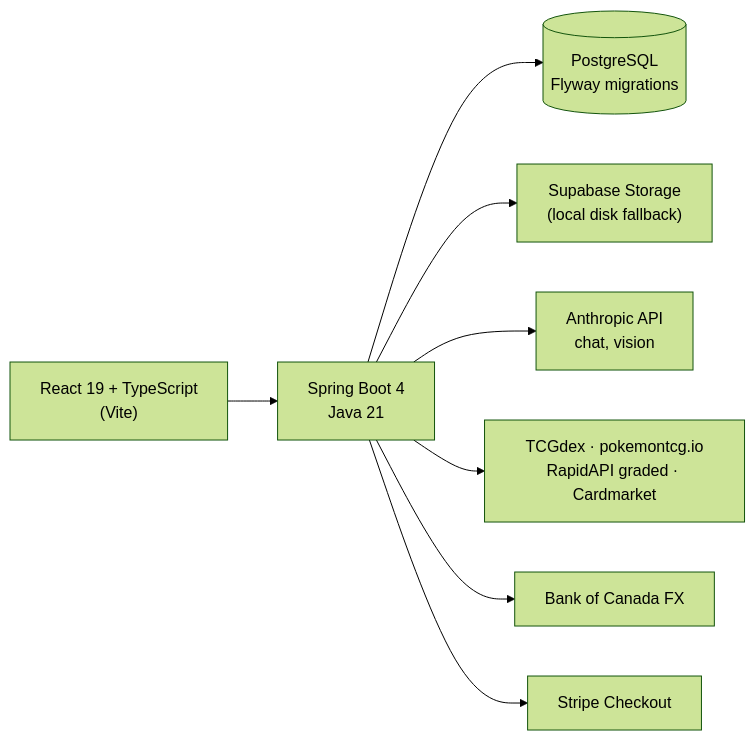
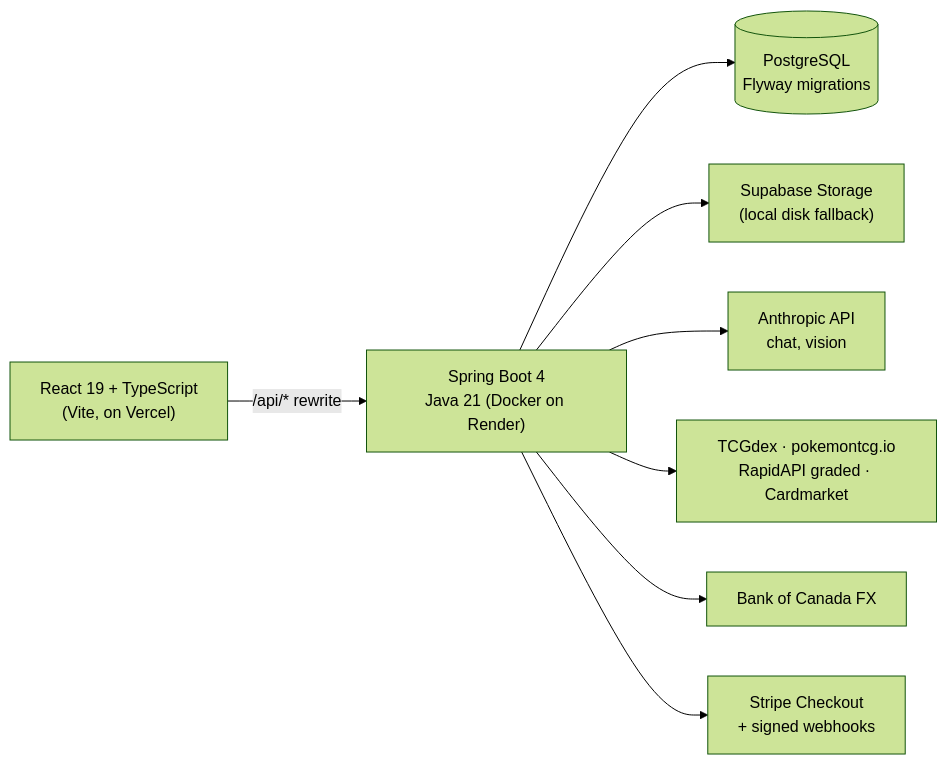
Before and after one commit to hrishi-tailor/Tailor-Cards: the diagram in README.md, drawn with Mermaid (forest theme). The commit also changed other lines of this file and 2 other files, not shown here.

````diff
--- a/README.md
+++ b/README.md
@@ -72,10 +92,10 @@
 ```mermaid
 flowchart LR
-    Browser["React 19 + TypeScript<br/>(Vite)"] --> API["Spring Boot 4<br/>Java 21"]
+    Browser["React 19 + TypeScript<br/>(Vite, on Vercel)"] -->|"/api/* rewrite"| API["Spring Boot 4<br/>Java 21 (Docker on Render)"]
     API --> DB[("PostgreSQL<br/>Flyway migrations")]
     API --> Storage["Supabase Storage<br/>(local disk fallback)"]
     API --> Claude["Anthropic API<br/>chat, vision"]
     API --> Prices["TCGdex · pokemontcg.io<br/>RapidAPI graded · Cardmarket"]
     API --> FX["Bank of Canada FX"]
-    API --> Stripe["Stripe Checkout"]
+    API --> Stripe["Stripe Checkout<br/>+ signed webhooks"]
 ```
````
